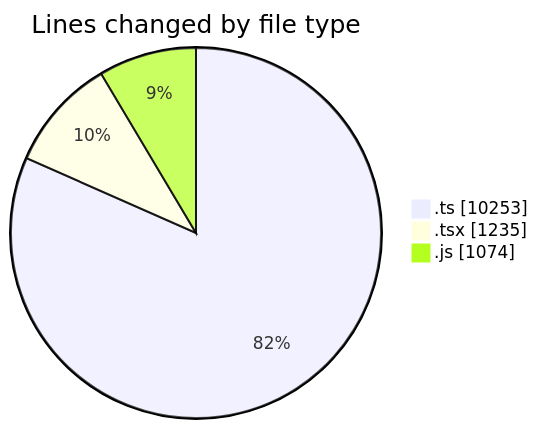
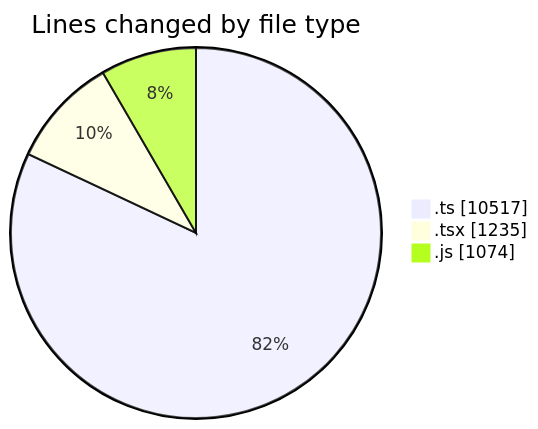
The first of 2 diagrams in 2025-06-23/cda/README.md (momahboobian/code-tracking), drawn with Mermaid before and after one commit. The commit also changed other lines of this file and 1 other file, not shown here.

````diff
--- a/2025-06-23/cda/README.md
+++ b/2025-06-23/cda/README.md
@@ -29,7 +30,7 @@
 ```mermaid
 pie showData
 title Lines changed by file type
-".ts" : 10253
+".ts" : 10517
 ".tsx" : 1235
 ".js" : 1074
 ```
````
